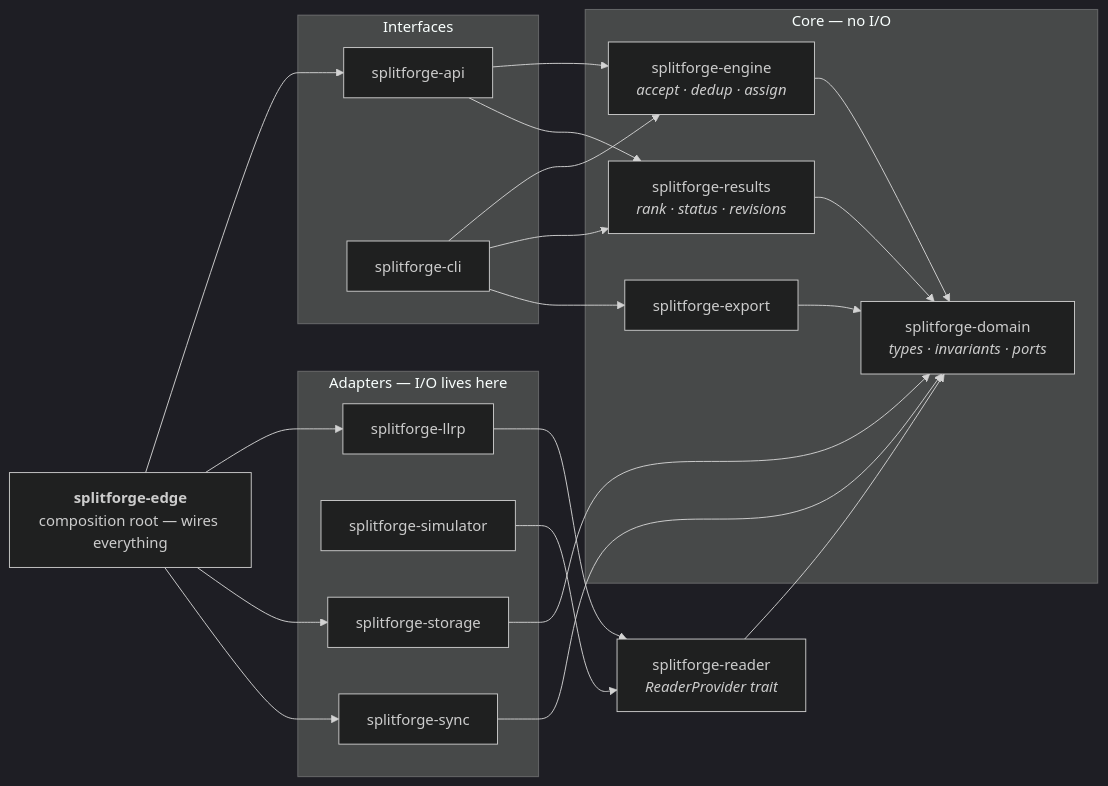
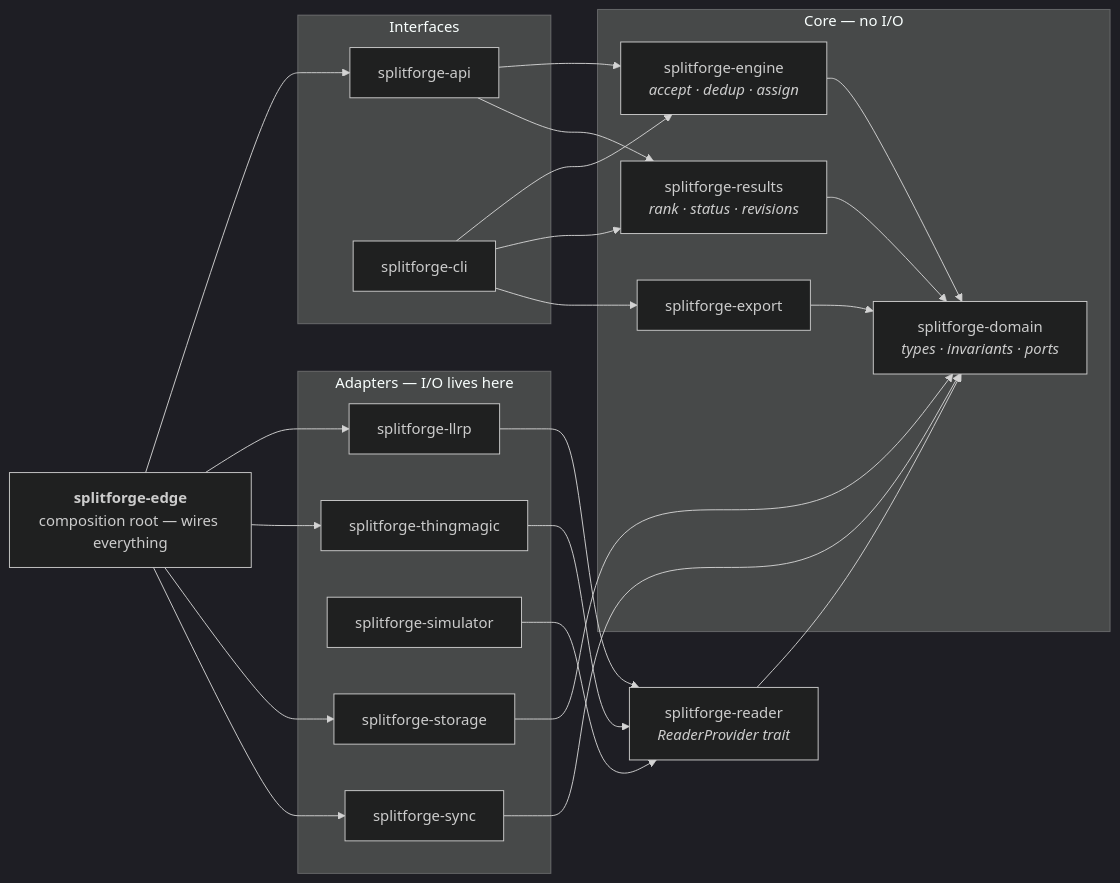
Before and after one commit to truppelli/splitforge: the second of 3 diagrams in docs/architecture.md, drawn with Mermaid (dark theme). The commit also changed other lines of this file and 9 other files, not shown here.

````diff
--- a/docs/architecture.md
+++ b/docs/architecture.md
@@ -42,43 +43,46 @@
 ```mermaid
 flowchart LR
   subgraph adapters["Adapters — I/O lives here"]
     llrp["splitforge-llrp"]
+    tm["splitforge-thingmagic"]
     sim["splitforge-simulator"]
     store["splitforge-storage"]
     sync["splitforge-sync"]
   end
 
   subgraph core["Core — no I/O"]
     domain["splitforge-domain<br/><i>types · invariants · ports</i>"]
     engine["splitforge-engine<br/><i>accept · dedup · assign</i>"]
     results["splitforge-results<br/><i>rank · status · revisions</i>"]
     export["splitforge-export"]
   end
 
   subgraph edges["Interfaces"]
     api["splitforge-api"]
     cli["splitforge-cli"]
   end
 
   reader["splitforge-reader<br/><i>ReaderProvider trait</i>"]
 
   llrp --> reader
+  tm --> reader
   sim --> reader
   reader --> domain
   engine --> domain
   results --> domain
   export --> domain
   store --> domain
   sync --> domain
   api --> engine
   api --> results
   cli --> engine
   cli --> results
   cli --> export
 
   edge["<b>splitforge-edge</b><br/>composition root — wires everything"]
   edge --> api
   edge --> llrp
+  edge --> tm
   edge --> store
   edge --> sync
 ```
````
